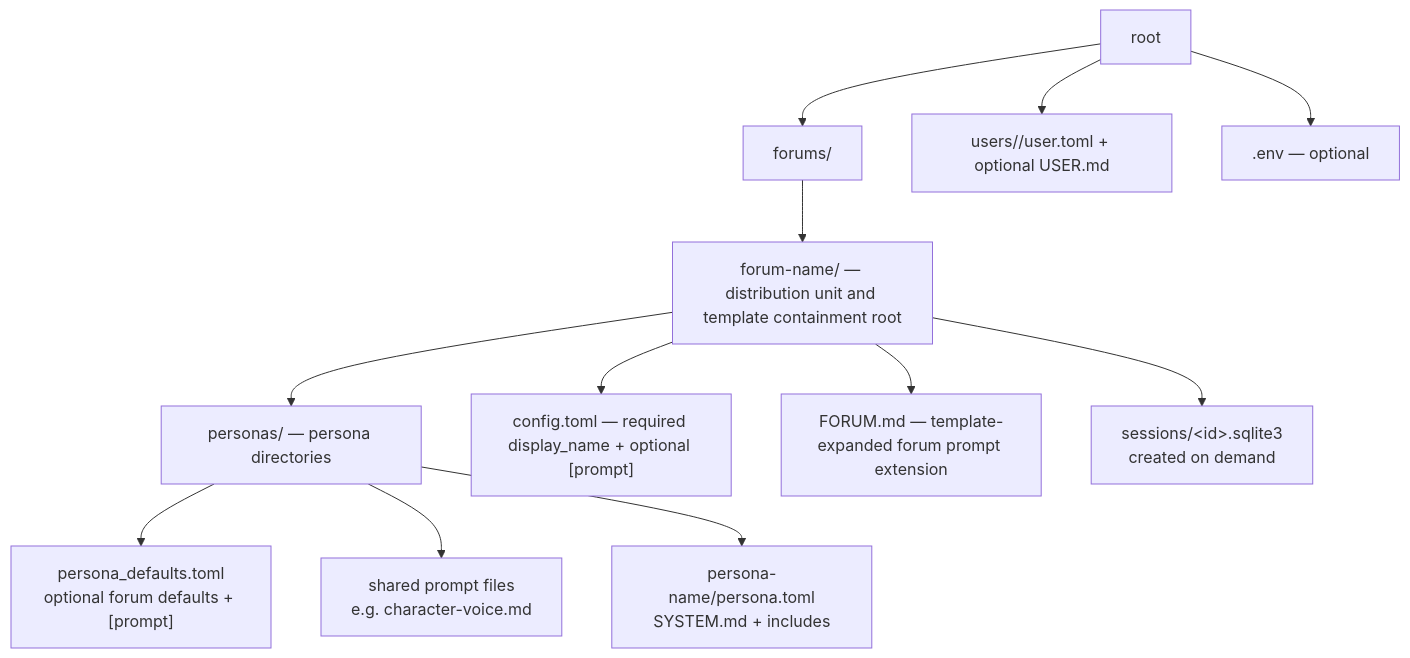
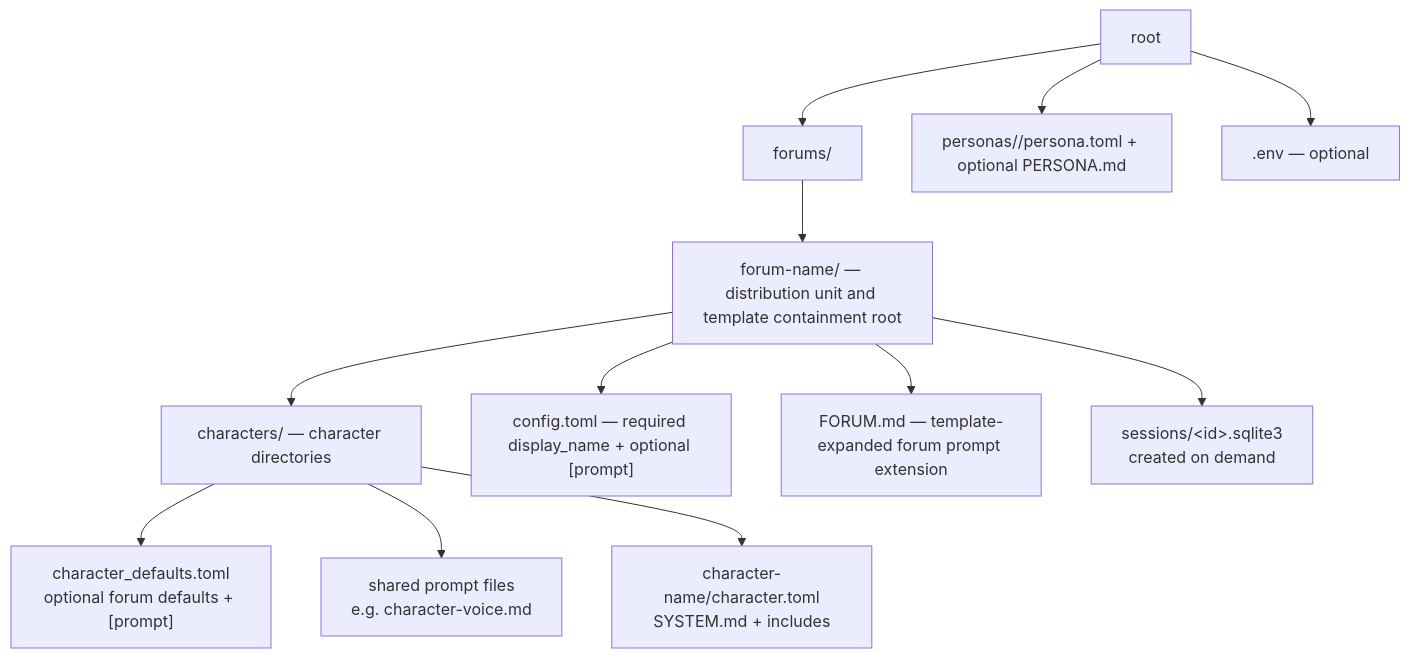
One commit to michaelpopov/cha changed the first of 4 diagrams in src/session/README.md. Above: the diagram before and after it, drawn with Mermaid. The commit also changed other lines of this file and 117 other files, not shown here.

````diff
--- a/src/session/README.md
+++ b/src/session/README.md
@@ -23,14 +23,14 @@
 ```mermaid
 flowchart TD
     root --> forums["forums/"]
-    root --> users["users/<id>/user.toml + optional USER.md"]
+    root --> personas["personas/<id>/persona.toml + optional PERSONA.md"]
     root --> env[".env — optional"]
-    personas --> base["persona_defaults.toml<br/>optional forum defaults + [prompt]"]
-    personas --> shared["shared prompt files<br/>e.g. character-voice.md"]
+    characters --> base["character_defaults.toml<br/>optional forum defaults + [prompt]"]
+    characters --> shared["shared prompt files<br/>e.g. character-voice.md"]
     forums --> forum["forum-name/ — distribution unit and template containment root"]
     forum --> config["config.toml — required display_name + optional [prompt]"]
-    forum --> personas["personas/ — persona directories"]
-    personas --> persona["persona-name/persona.toml<br/>SYSTEM.md + includes"]
+    forum --> characters["characters/ — character directories"]
+    characters --> character["character-name/character.toml<br/>SYSTEM.md + includes"]
     forum --> forum_prompt["FORUM.md — template-expanded forum prompt extension"]
     forum --> sessions["sessions/&lt;id&gt;.sqlite3<br/>created on demand"]
 ```
````
